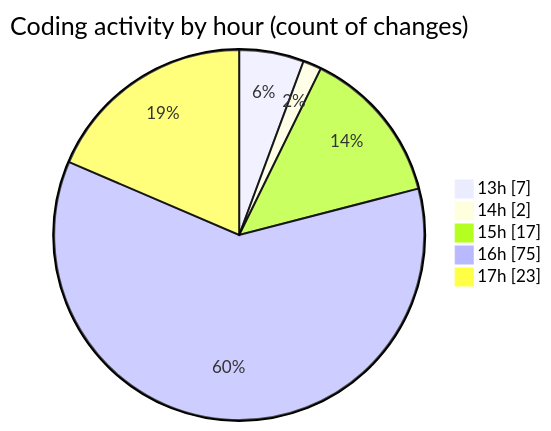
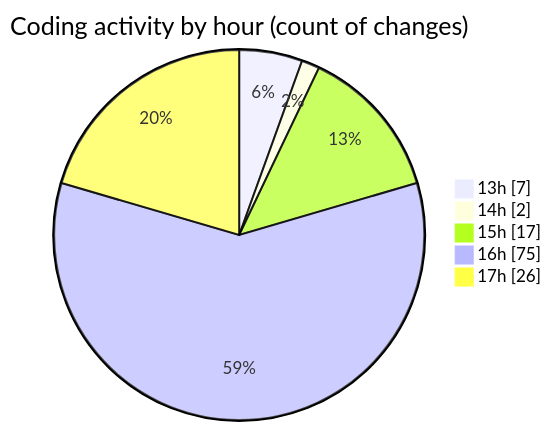
Before and after one commit to charlie-sans/code-tracking: the second of 2 diagrams in 2025-02-24/micros/README.md, drawn with Mermaid. The commit also changed other lines of this file and 1 other file, not shown here.

````diff
--- a/2025-02-24/micros/README.md
+++ b/2025-02-24/micros/README.md
@@ -46,9 +46,9 @@
 ```mermaid
 pie showData
 title Coding activity by hour (count of changes)
 "13h" : 7
 "14h" : 2
 "15h" : 17
 "16h" : 75
-"17h" : 23
+"17h" : 26
 ```
````
